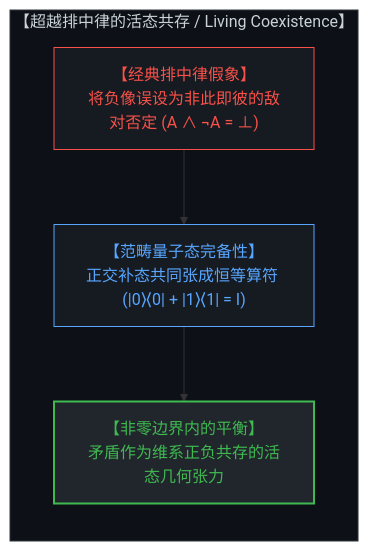
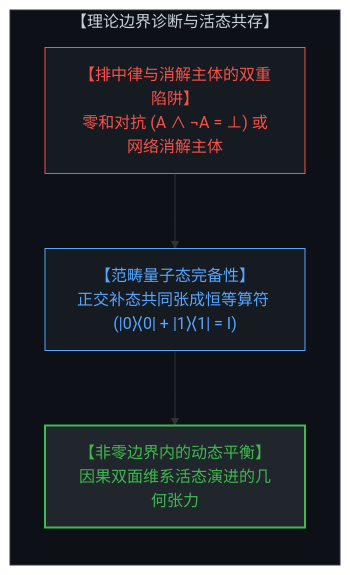
Before and after one commit to powerpig99/not-a-toe: the fourth of 6 diagrams in content/posts/the-geometry-of-coexistence-and-the-dual-cut.md, drawn with Mermaid. The commit also changed other lines of this file and 3 other files, not shown here.

````diff
--- a/content/posts/the-geometry-of-coexistence-and-the-dual-cut.md
+++ b/content/posts/the-geometry-of-coexistence-and-the-dual-cut.md
@@ -97,15 +116,15 @@
 ```mermaid
 graph TD
-    subgraph LivingCoexistence["【超越排中律的活态共存 / Living Coexistence】"]
+    subgraph TheoreticalDiagnosis["【理论边界诊断与活态共存】"]
         direction TB
-        BooleanIllusion["【经典排中律假象】<br>将负像误设为非此即彼的敌对否定 (A ∧ ¬A = ⊥)"]
+        BooleanStructuralTrap["【排中律与消解主体的双重陷阱】<br>零和对抗 (A ∧ ¬A = ⊥) 或网络消解主体"]
         QuantumResolution["【范畴量子态完备性】<br>正交补态共同张成恒等算符 (|0⟩⟨0| + |1⟩⟨1| = I)"]
-        NonZeroBoundary["【非零边界内的平衡】<br>矛盾作为维系正负共存的活态几何张力"]
-        BooleanIllusion --> QuantumResolution
+        NonZeroBoundary["【非零边界内的动态平衡】<br>因果双面维系活态演进的几何张力"]
+        BooleanStructuralTrap --> QuantumResolution
         QuantumResolution --> NonZeroBoundary
     end
-    style LivingCoexistence fill:#0d1117,stroke:#30363d,stroke-width:1px,color:#c9d1d9
-    style BooleanIllusion fill:#161b22,stroke:#f85149,stroke-width:1px,color:#f85149
+    style TheoreticalDiagnosis fill:#0d1117,stroke:#30363d,stroke-width:1px,color:#c9d1d9
+    style BooleanStructuralTrap fill:#161b22,stroke:#f85149,stroke-width:1px,color:#f85149
     style QuantumResolution fill:#161b22,stroke:#58a6ff,stroke-width:1px,color:#58a6ff
     style NonZeroBoundary fill:#21262d,stroke:#3fb950,stroke-width:2px,color:#3fb950
 ```
````
